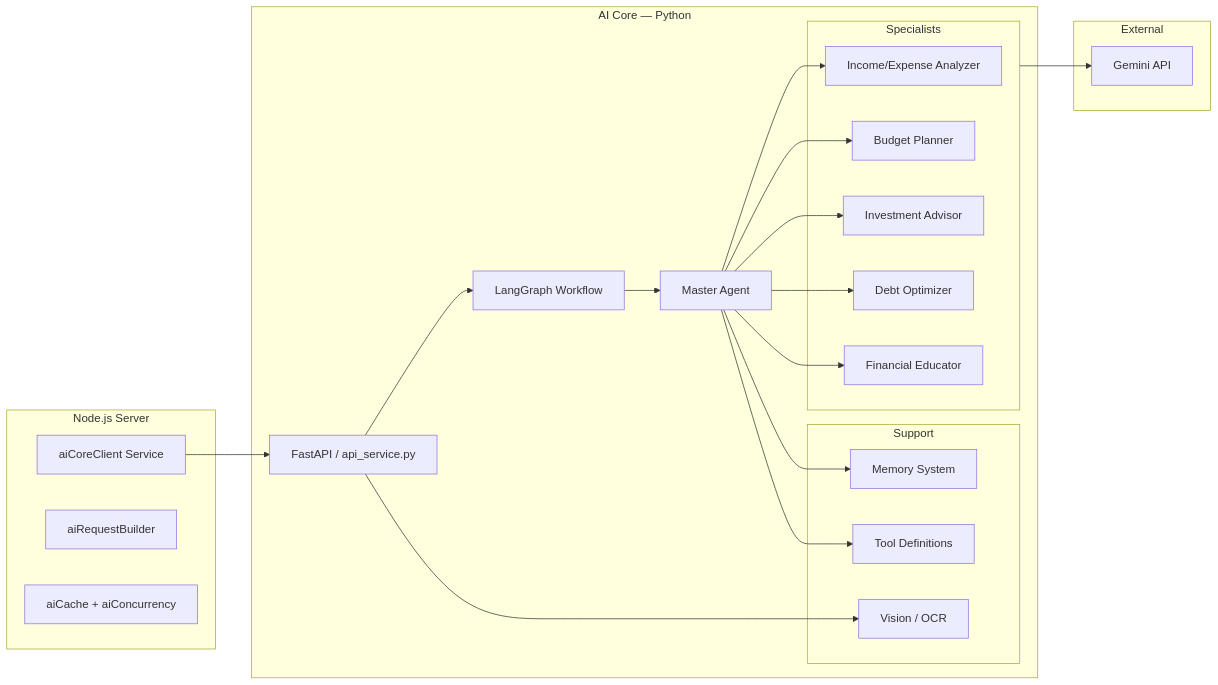
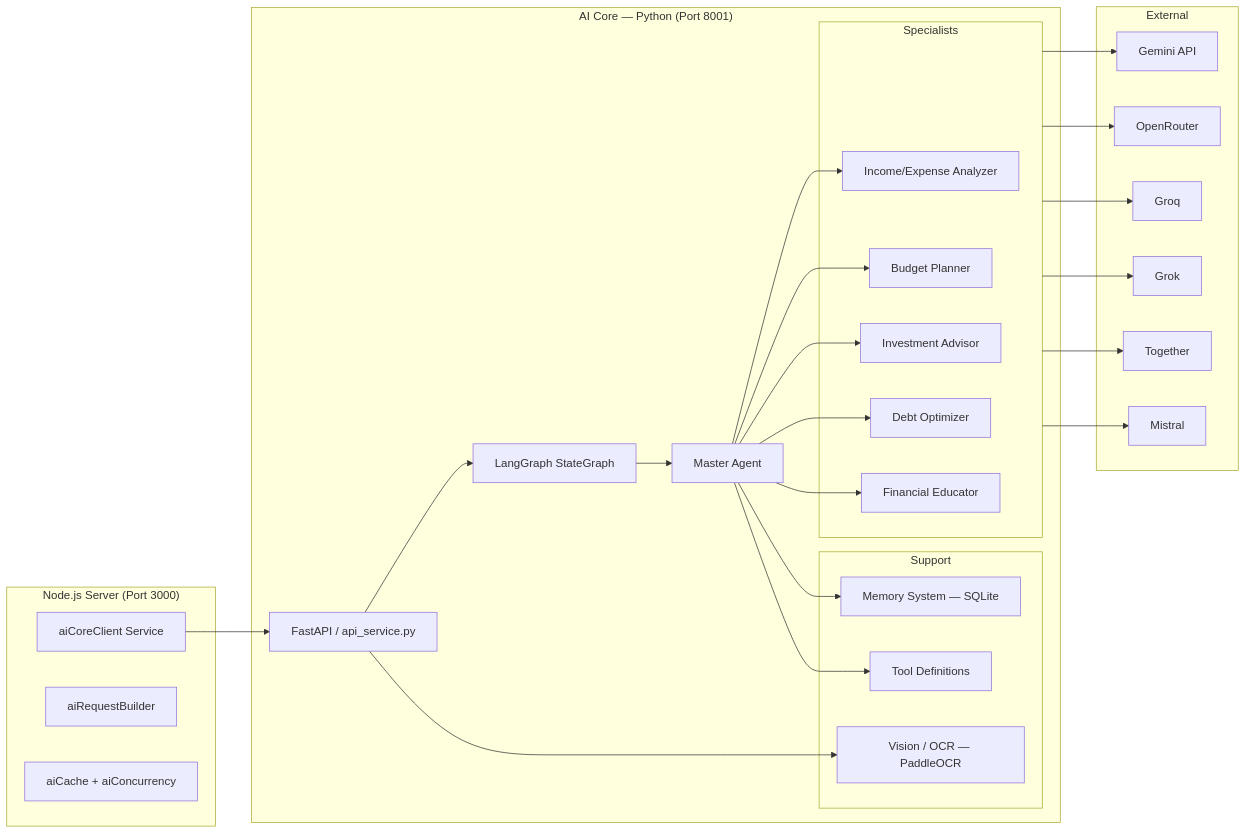
The diagram in docs/AI_CORE.md (Ganesh172919/personal-finance), drawn with Mermaid before and after one commit. The commit also changed other lines of this file and 34 other files, not shown here.

````diff
--- a/docs/AI_CORE.md
+++ b/docs/AI_CORE.md
@@ -17,38 +17,43 @@
 ```mermaid
 flowchart LR
-    subgraph NodeServer["Node.js Server"]
+    subgraph NodeServer["Node.js Server (Port 3000)"]
         AIC[aiCoreClient Service]
         ARB[aiRequestBuilder]
         ACC[aiCache + aiConcurrency]
     end
 
-    subgraph AICoreService["AI Core — Python"]
+    subgraph AICoreService["AI Core — Python (Port 8001)"]
         API[FastAPI / api_service.py]
         MA[Master Agent]
         subgraph Specialists
             IEA[Income/Expense Analyzer]
             BP[Budget Planner]
             IA[Investment Advisor]
             DO[Debt Optimizer]
             FE[Financial Educator]
         end
         subgraph Support
-            MEM[Memory System]
-            VIS[Vision / OCR]
+            MEM[Memory System — SQLite]
+            VIS[Vision / OCR — PaddleOCR]
             TOOLS[Tool Definitions]
         end
-        GR[LangGraph Workflow]
+        GR[LangGraph StateGraph]
     end
 
     subgraph External
         GEM[Gemini API]
+        OR[OpenRouter]
+        GRQ[Groq]
+        GRK[Grok]
+        TOG[Together]
+        MIS[Mistral]
     end
 
     AIC --> API
     API --> GR --> MA
     MA --> IEA & BP & IA & DO & FE
     MA --> MEM
     API --> VIS
-    Specialists --> GEM
+    Specialists --> GEM & OR & GRQ & GRK & TOG & MIS
     MA --> TOOLS
 ```
````
